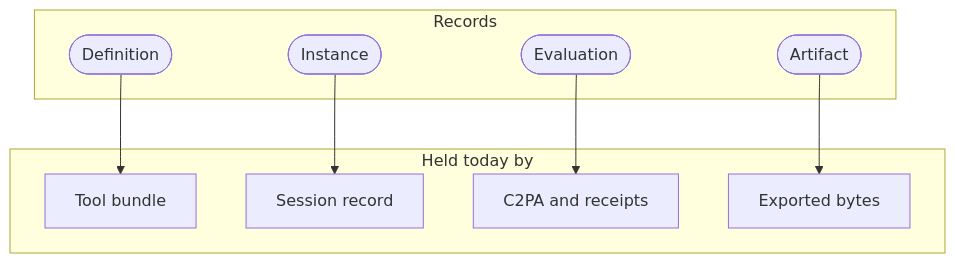
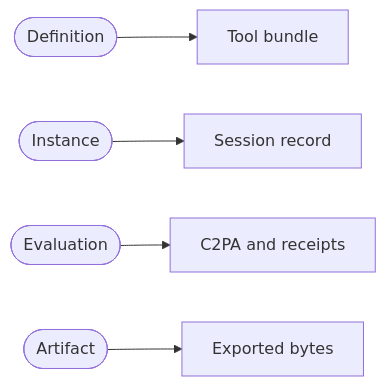
The diagram in docs/spec/document-model/diagrams/four-records.mmd (lolly-tools/lolly), drawn with Mermaid before and after one commit. The commit also changed 519 other files, not shown here.

```diff
--- a/docs/spec/document-model/diagrams/four-records.mmd
+++ b/docs/spec/document-model/diagrams/four-records.mmd
@@ -1,17 +1,5 @@
-graph TD
-  subgraph records[Records]
-    def([Definition])
-    inst([Instance])
-    evl([Evaluation])
-    art([Artifact])
-  end
-  subgraph held[Held today by]
-    defc[Tool bundle]
-    instc[Session record]
-    evlc[C2PA and receipts]
-    artc[Exported bytes]
-  end
-  def --> defc
-  inst --> instc
-  evl --> evlc
-  art --> artc
+graph LR
+  def([Definition]) --> defc[Tool bundle]
+  inst([Instance]) --> instc[Session record]
+  evl([Evaluation]) --> evlc[C2PA and receipts]
+  art([Artifact]) --> artc[Exported bytes]
```
